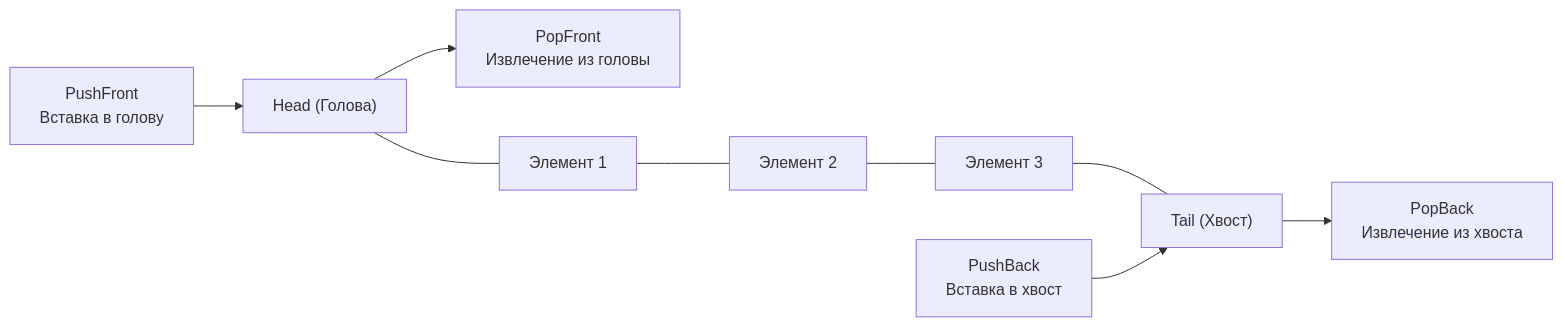
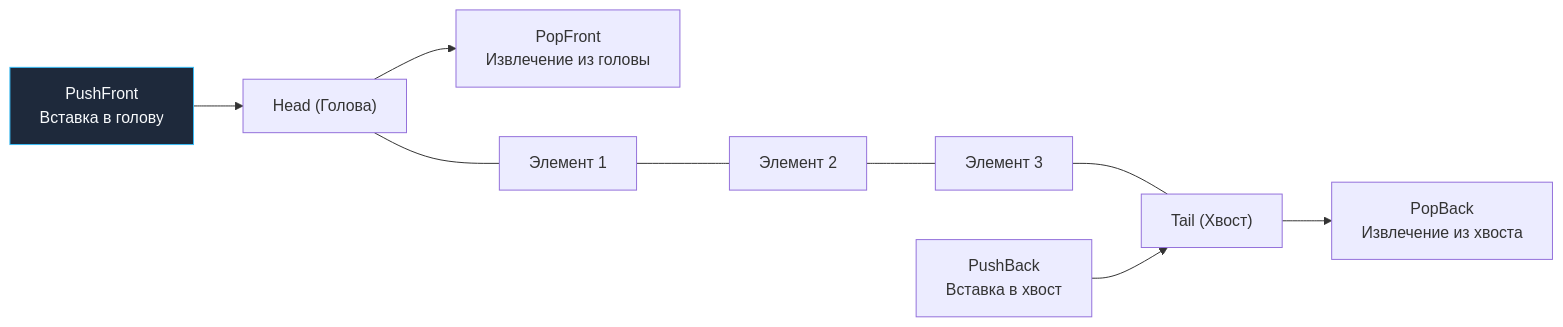
Before and after one commit to UnrealTemplier/go-textbook: the first of 4 diagrams in sources/20. Алгоритмы и структуры данных (DSA) на Go/02. Базовые структуры данных/6. Дек - двусторонняя очередь.md, drawn with Mermaid. The commit also changed other lines of this file and 1666 other files, not shown here.

First line of the commit message:
feat(mermaid): add semantic color classDef to 1369 colorless flowchart/graph diagrams

````diff
--- a/sources/20. Алгоритмы и структуры данных (DSA) на Go/02. Базовые структуры данных/6. Дек - двусторонняя очередь.md
+++ b/sources/20. Алгоритмы и структуры данных (DSA) на Go/02. Базовые структуры данных/6. Дек - двусторонняя очередь.md
@@ -21,10 +21,20 @@
 ```mermaid
 flowchart LR
-    PushFront["PushFront<br/>Вставка в голову"] --> Head["Head (Голова)"]
+    classDef process  fill:#1e293b,stroke:#38bdf8,stroke-width:1px,color:#f8fafc
+    classDef success  fill:#064e3b,stroke:#34d399,stroke-width:1px,color:#f8fafc
+    classDef error    fill:#7f1d1d,stroke:#f87171,stroke-width:1px,color:#f8fafc
+    classDef warning  fill:#78350f,stroke:#fbbf24,stroke-width:1px,color:#f8fafc
+    classDef entry    fill:#1e3a5f,stroke:#38bdf8,stroke-width:2px,color:#f8fafc
+    classDef aux      fill:#334155,stroke:#64748b,stroke-width:1px,color:#f8fafc
+    classDef system   fill:#312e81,stroke:#a78bfa,stroke-width:1px,color:#f8fafc
+    classDef data     fill:#132d29,stroke:#2dd4bf,stroke-width:1px,color:#f8fafc
+    classDef network  fill:#881337,stroke:#fb7185,stroke-width:1px,color:#f8fafc
+    classDef accent   fill:#1e1b4b,stroke:#818cf8,stroke-width:1px,color:#f8fafc
+    PushFront["PushFront<br/>Вставка в голову"]:::process --> Head["Head (Голова)"]
     Head --> PopFront["PopFront<br/>Извлечение из головы"]
     
     Head --- E1["Элемент 1"] --- E2["Элемент 2"] --- E3["Элемент 3"] --- Tail["Tail (Хвост)"]
     
     PushBack["PushBack<br/>Вставка в хвост"] --> Tail
     Tail --> PopBack["PopBack<br/>Извлечение из хвоста"]
 ```
````
